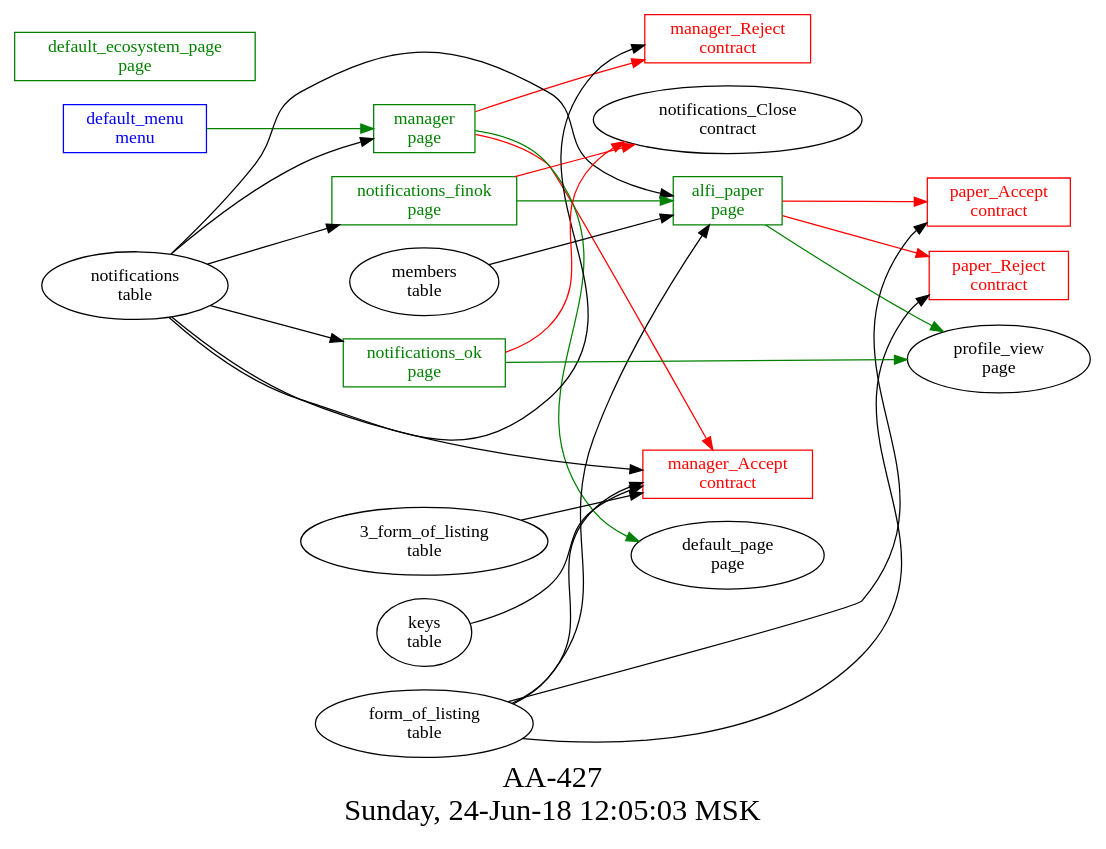
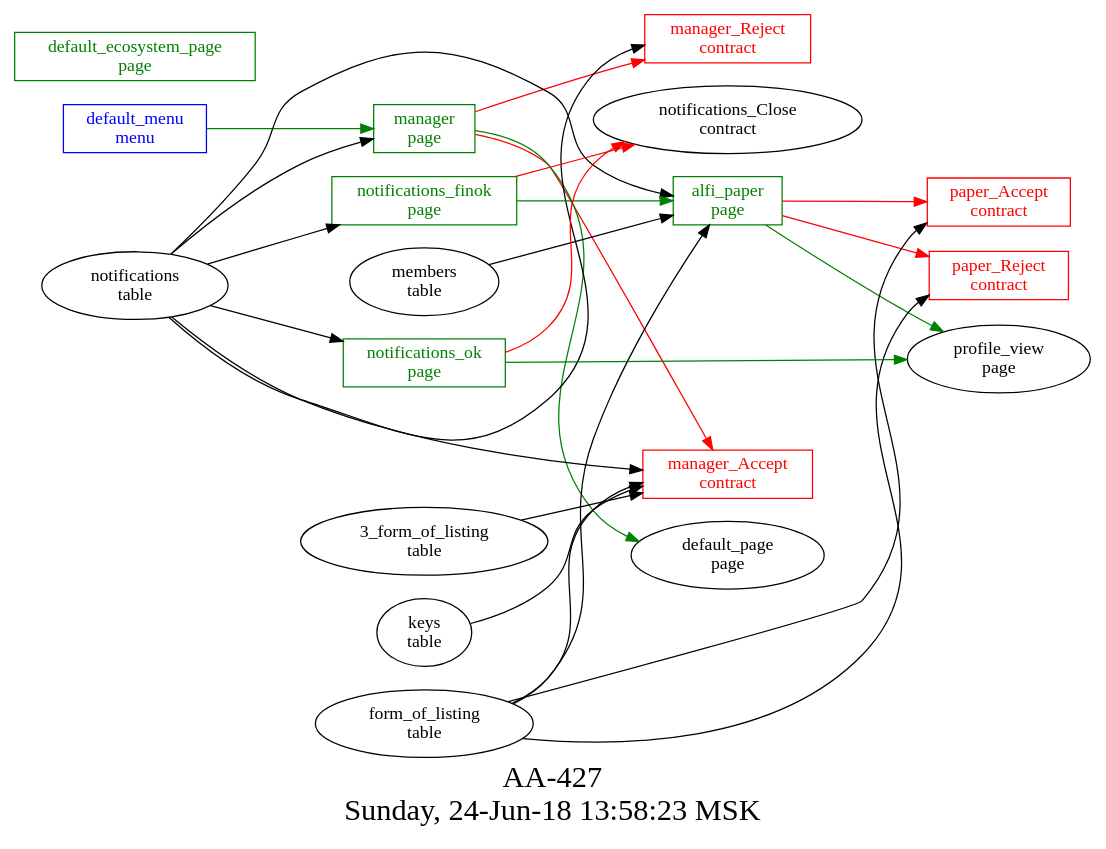
The diagram in src/AA-427/struct.dot (AplaProject/apps), drawn with Graphviz before and after one commit. The commit also changed 2 other files, not shown here.

```diff
--- a/src/AA-427/struct.dot
+++ b/src/AA-427/struct.dot
@@ -1,44 +1,44 @@
 digraph G {
 graph [
   fontsize="24";
-  label="AA-427\nSunday, 24-Jun-18 12:05:03 MSK";
+  label="AA-427\nSunday, 24-Jun-18 13:58:23 MSK";
   nojustify=true;
   ordering=out;
   rankdir=LR;
   size="30";
 ];
 "default_menu\nmenu" -> "manager\npage"  [ color=green ]
 "default_menu\nmenu" [color=blue, fontcolor=blue, group=menus, shape=record];
 "alfi_paper\npage" -> "paper_Accept\ncontract"  [ color=red ]
 "alfi_paper\npage" -> "paper_Reject\ncontract"  [ color=red ]
 "notifications\ntable" -> "alfi_paper\npage"
 "form_of_listing\ntable" -> "alfi_paper\npage"
 "members\ntable" -> "alfi_paper\npage"
 "alfi_paper\npage" -> "profile_view\npage"  [ color=green ]
 "alfi_paper\npage" [color=green, fontcolor=green, group=pages, shape=record];
 "default_ecosystem_page\npage" [color=green, fontcolor=green, group=pages, shape=record];
 "manager\npage" -> "manager_Reject\ncontract"  [ color=red ]
 "manager\npage" -> "manager_Accept\ncontract"  [ color=red ]
 "notifications\ntable" -> "manager\npage"
 "manager\npage" -> "default_page\npage"  [ color=green ]
 "manager\npage" [color=green, fontcolor=green, group=pages, shape=record];
 "notifications_finok\npage" -> "notifications_Close\ncontract"  [ color=red ]
 "notifications\ntable" -> "notifications_finok\npage"
 "notifications_finok\npage" -> "alfi_paper\npage"  [ color=green ]
 "notifications_finok\npage" [color=green, fontcolor=green, group=pages, shape=record];
 "notifications_ok\npage" -> "notifications_Close\ncontract"  [ color=red ]
 "notifications\ntable" -> "notifications_ok\npage"
 "notifications_ok\npage" -> "profile_view\npage"  [ color=green ]
 "notifications_ok\npage" [color=green, fontcolor=green, group=pages, shape=record];
 "3_form_of_listing\ntable" -> "manager_Accept\ncontract"
 "notifications\ntable" -> "manager_Accept\ncontract"
 "keys\ntable" -> "manager_Accept\ncontract"
 "form_of_listing\ntable" -> "manager_Accept\ncontract"
 "manager_Accept\ncontract" [color=red, fontcolor=red, group=contracts, shape=record];
 "notifications\ntable" -> "manager_Reject\ncontract"
 "manager_Reject\ncontract" [color=red, fontcolor=red, group=contracts, shape=record];
 "form_of_listing\ntable" -> "paper_Accept\ncontract"
 "paper_Accept\ncontract" [color=red, fontcolor=red, group=contracts, shape=record];
 "form_of_listing\ntable" -> "paper_Reject\ncontract"
 "paper_Reject\ncontract" [color=red, fontcolor=red, group=contracts, shape=record];
 }
```
